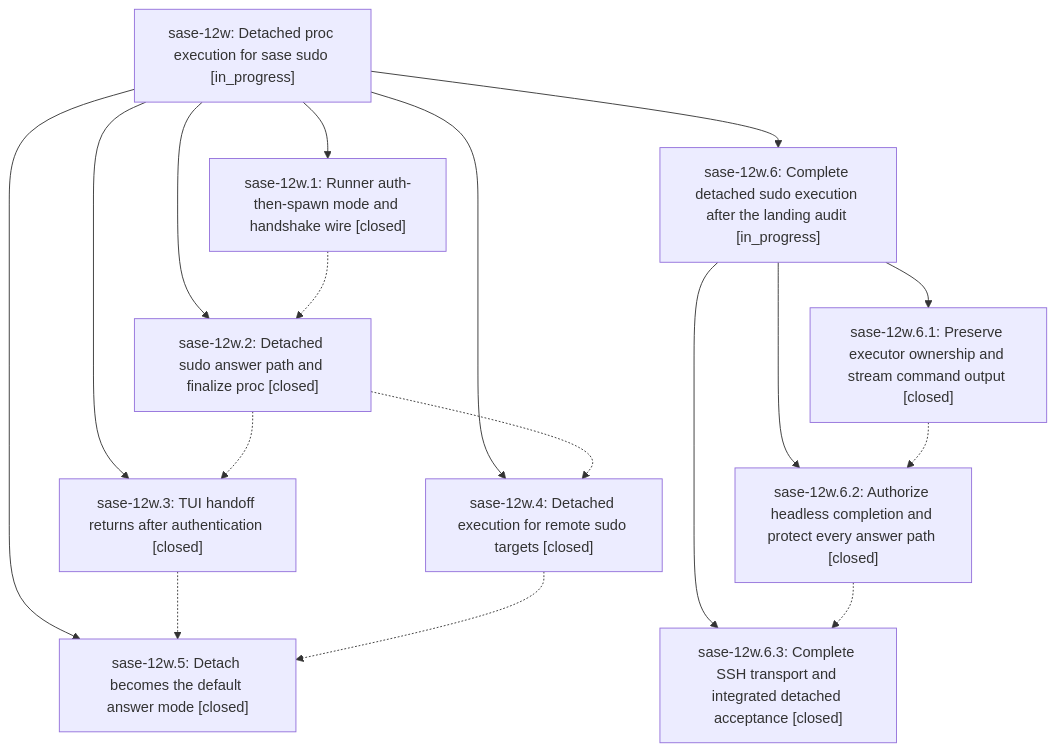
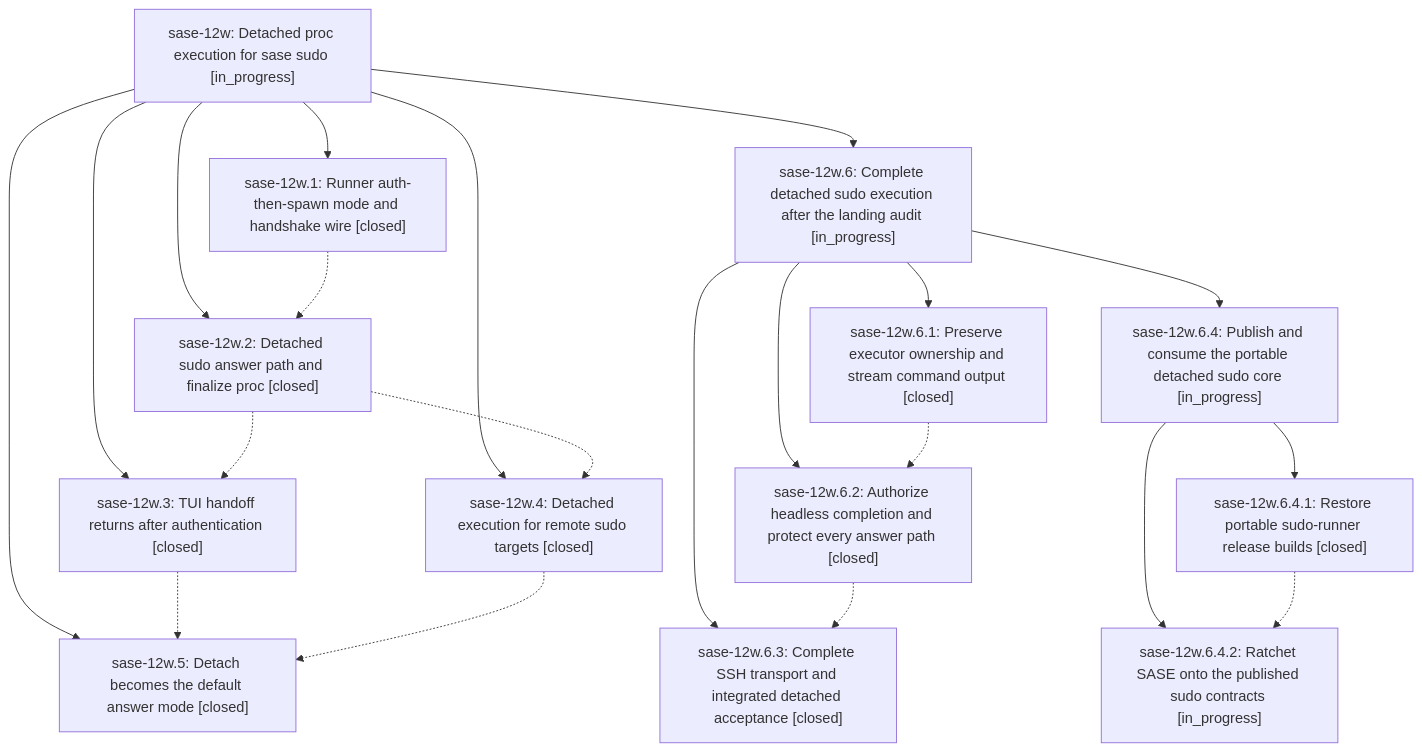
One commit to sase-org/sase--beads changed the diagram in pages/sase-12w/README.md. Above: the diagram before and after it, drawn with Mermaid. The commit also changed other lines of this file and 4 other files, not shown here.

````diff
--- a/pages/sase-12w/README.md
+++ b/pages/sase-12w/README.md
@@ -44,29 +44,36 @@
 ```mermaid
 flowchart TD
     n0["sase-12w: Detached proc execution for sase sudo [in_progress]"]
     n1["sase-12w.1: Runner auth-then-spawn mode and handshake wire [closed]"]
     n2["sase-12w.2: Detached sudo answer path and finalize proc [closed]"]
     n3["sase-12w.3: TUI handoff returns after authentication [closed]"]
     n4["sase-12w.4: Detached execution for remote sudo targets [closed]"]
     n5["sase-12w.5: Detach becomes the default answer mode [closed]"]
     n6["sase-12w.6: Complete detached sudo execution after the landing audit [in_progress]"]
     n7["sase-12w.6.1: Preserve executor ownership and stream command output [closed]"]
     n8["sase-12w.6.2: Authorize headless completion and protect every answer path [closed]"]
     n9["sase-12w.6.3: Complete SSH transport and integrated detached acceptance [closed]"]
+    n10["sase-12w.6.4: Publish and consume the portable detached sudo core [in_progress]"]
+    n11["sase-12w.6.4.1: Restore portable sudo-runner release builds [closed]"]
+    n12["sase-12w.6.4.2: Ratchet SASE onto the published sudo contracts [in_progress]"]
     n0 --> n1
     n0 --> n2
     n0 --> n3
     n0 --> n4
     n0 --> n5
     n0 --> n6
     n6 --> n7
     n6 --> n8
     n6 --> n9
+    n6 --> n10
+    n10 --> n11
+    n10 --> n12
     n1 -.-> n2
     n2 -.-> n3
     n2 -.-> n4
     n3 -.-> n5
     n4 -.-> n5
     n7 -.-> n8
     n8 -.-> n9
+    n11 -.-> n12
 ```
````
